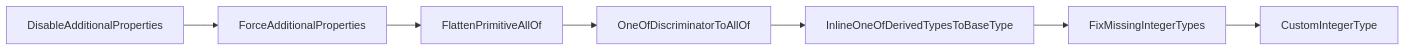
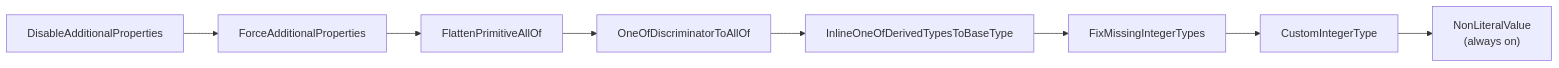
The fifth of 10 diagrams in docs/docfx_project/articles/technical/core-pipeline.md (christianhelle/refitter), drawn with Mermaid before and after one commit. The commit also changed other lines of this file, not shown here.

Commit message:
Document schema literal escaping in core pipeline docs

````diff
--- a/docs/docfx_project/articles/technical/core-pipeline.md
+++ b/docs/docfx_project/articles/technical/core-pipeline.md
@@ -156,9 +156,10 @@
 ```mermaid
 flowchart LR
     M1["DisableAdditionalProperties"] --> M2["ForceAdditionalProperties"]
     M2 --> M3["FlattenPrimitiveAllOf"]
     M3 --> M4["OneOfDiscriminatorToAllOf"]
     M4 --> M5["InlineOneOfDerivedTypesToBaseType"]
     M5 --> M6["FixMissingIntegerTypes"]
     M6 --> M7["CustomIntegerType"]
+    M7 --> M8["NonLiteralValue<br/>(always on)"]
 ```
````
